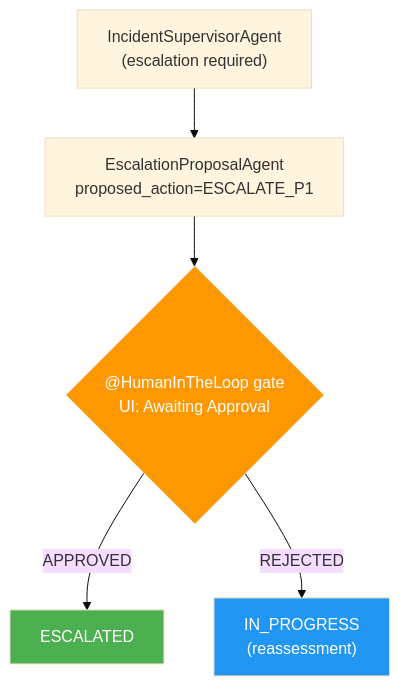
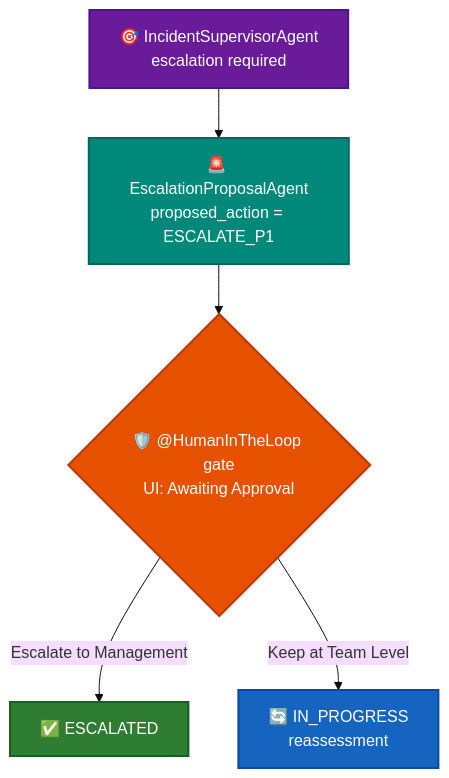
One commit to danieloh30/techxchange-2026-quarkus-bob-lab changed the diagram in docs/06-hitl-observability/START_HERE.md. Above: the diagram before and after it, drawn with Mermaid (base theme). The commit also changed 5 other files, not shown here.

First line of the commit message:
docs: restyle all Mermaid charts with color-coded nodes and icons

````diff
--- a/docs/06-hitl-observability/START_HERE.md
+++ b/docs/06-hitl-observability/START_HERE.md
@@ -44,12 +44,18 @@
 ```mermaid
 flowchart TD
-    ISA["IncidentSupervisorAgent<br/>(escalation required)"] --> EPA
-    EPA["EscalationProposalAgent<br/>proposed_action=ESCALATE_P1"] --> HITL
-    HITL{"@HumanInTheLoop gate<br/>UI: Awaiting Approval"}
-    HITL -->|APPROVED| ESC["ESCALATED"]
-    HITL -->|REJECTED| INV["IN_PROGRESS<br/>(reassessment)"]
+    ISA["🎯 IncidentSupervisorAgent<br/>escalation required"]:::supervisor
+    EPA["🚨 EscalationProposalAgent<br/>proposed_action = ESCALATE_P1"]:::agent
+    HITL{"🛡️ @HumanInTheLoop gate<br/>UI: Awaiting Approval"}:::decision
+    ESC["✅ ESCALATED"]:::success
+    INV["🔄 IN_PROGRESS<br/>reassessment"]:::info
 
-    style HITL fill:#ff9800,color:#fff
-    style ESC fill:#4caf50,color:#fff
-    style INV fill:#2196f3,color:#fff
+    ISA --> EPA --> HITL
+    HITL -->|"Escalate to Management"| ESC
+    HITL -->|"Keep at Team Level"| INV
+
+    classDef supervisor fill:#6a1b9a,stroke:#4a148c,color:#fff,stroke-width:2px
+    classDef agent fill:#00897b,stroke:#00695c,color:#fff,stroke-width:2px
+    classDef decision fill:#e65100,stroke:#bf360c,color:#fff,stroke-width:2px
+    classDef success fill:#2e7d32,stroke:#1b5e20,color:#fff,stroke-width:2px
+    classDef info fill:#1565c0,stroke:#0d47a1,color:#fff,stroke-width:2px
 ```
````
